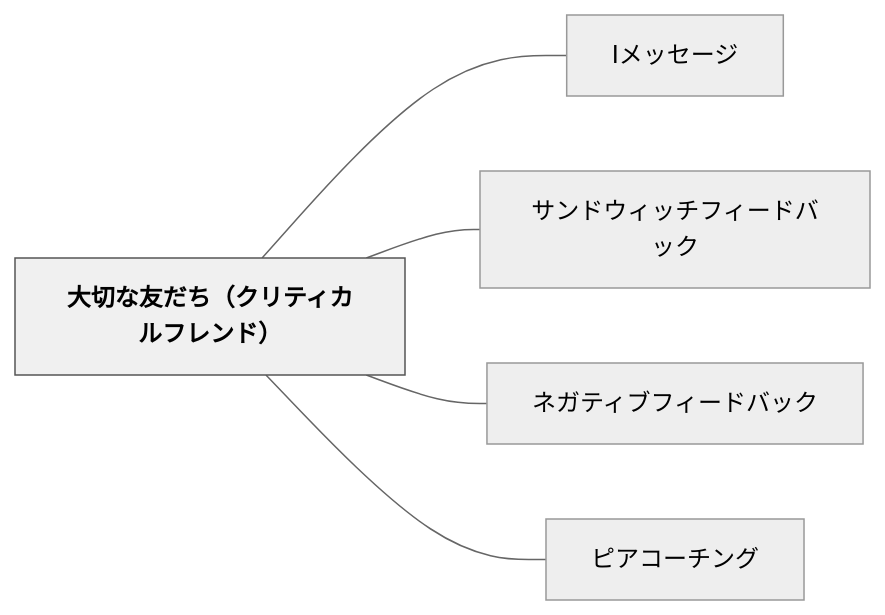
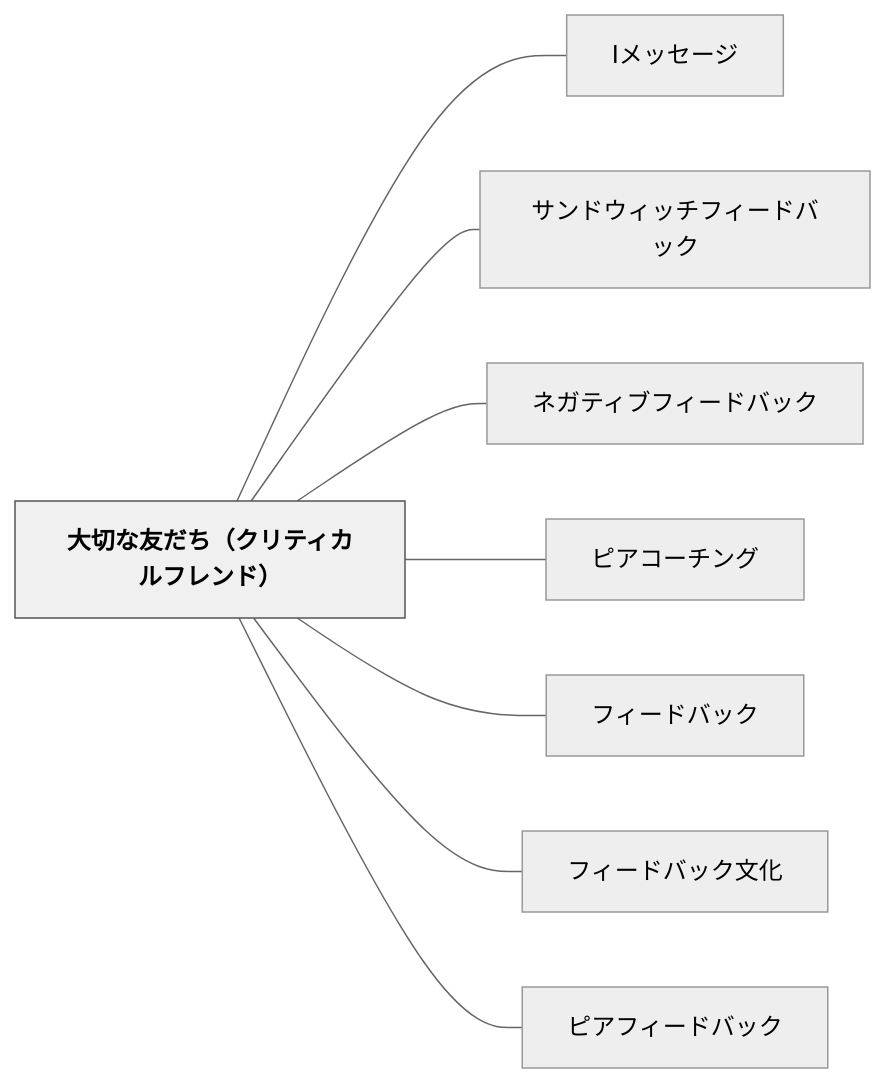
One commit to unknownthings-ed-patterns/unknownthings-ed-patterns changed the diagram in content/パタン/大切な友だち（クリティカルフレンド）.md. Above: the diagram before and after it, drawn with Mermaid (neutral theme). The commit also changed other lines of this file and 100 other files, not shown here.

````diff
--- a/content/パタン/大切な友だち（クリティカルフレンド）.md
+++ b/content/パタン/大切な友だち（クリティカルフレンド）.md
@@ -63,16 +61,22 @@
 ```mermaid
 flowchart LR
     ne5a4a7e58887e381aae58f8be381a0e381a1efbc88e382afe383aae38386e382a3e382abe383abe38395e383ace383b3e38389efbc89["大切な友だち（クリティカルフレンド）"]
     n49e383a1e38383e382bbe383bce382b8["Iメッセージ"]
     ne382b5e383b3e38389e382a6e382a3e38383e38381e38395e382a3e383bce38389e38390e38383e382af["サンドウィッチフィードバック"]
     ne3838de382ace38386e382a3e38396e38395e382a3e383bce38389e38390e38383e382af["ネガティブフィードバック"]
     ne38394e382a2e382b3e383bce38381e383b3e382b0["ピアコーチング"]
+    ne38395e382a3e383bce38389e38390e38383e382af["フィードバック"]
+    ne38395e382a3e383bce38389e38390e38383e382afe69687e58c96["フィードバック文化"]
+    ne38394e382a2e38395e382a3e383bce38389e38390e38383e382af["ピアフィードバック"]
 
     ne5a4a7e58887e381aae58f8be381a0e381a1efbc88e382afe383aae38386e382a3e382abe383abe38395e383ace383b3e38389efbc89 --- n49e383a1e38383e382bbe383bce382b8
     ne5a4a7e58887e381aae58f8be381a0e381a1efbc88e382afe383aae38386e382a3e382abe383abe38395e383ace383b3e38389efbc89 --- ne382b5e383b3e38389e382a6e382a3e38383e38381e38395e382a3e383bce38389e38390e38383e382af
     ne5a4a7e58887e381aae58f8be381a0e381a1efbc88e382afe383aae38386e382a3e382abe383abe38395e383ace383b3e38389efbc89 --- ne3838de382ace38386e382a3e38396e38395e382a3e383bce38389e38390e38383e382af
     ne5a4a7e58887e381aae58f8be381a0e381a1efbc88e382afe383aae38386e382a3e382abe383abe38395e383ace383b3e38389efbc89 --- ne38394e382a2e382b3e383bce38381e383b3e382b0
+    ne5a4a7e58887e381aae58f8be381a0e381a1efbc88e382afe383aae38386e382a3e382abe383abe38395e383ace383b3e38389efbc89 --- ne38395e382a3e383bce38389e38390e38383e382af
+    ne5a4a7e58887e381aae58f8be381a0e381a1efbc88e382afe383aae38386e382a3e382abe383abe38395e383ace383b3e38389efbc89 --- ne38395e382a3e383bce38389e38390e38383e382afe69687e58c96
+    ne5a4a7e58887e381aae58f8be381a0e381a1efbc88e382afe383aae38386e382a3e382abe383abe38395e383ace383b3e38389efbc89 --- ne38394e382a2e38395e382a3e383bce38389e38390e38383e382af
 
     classDef hub fill:#f0f0f0,stroke:#555,color:#000,font-weight:bold
     class ne5a4a7e58887e381aae58f8be381a0e381a1efbc88e382afe383aae38386e382a3e382abe383abe38395e383ace383b3e38389efbc89 hub
 ```
````
